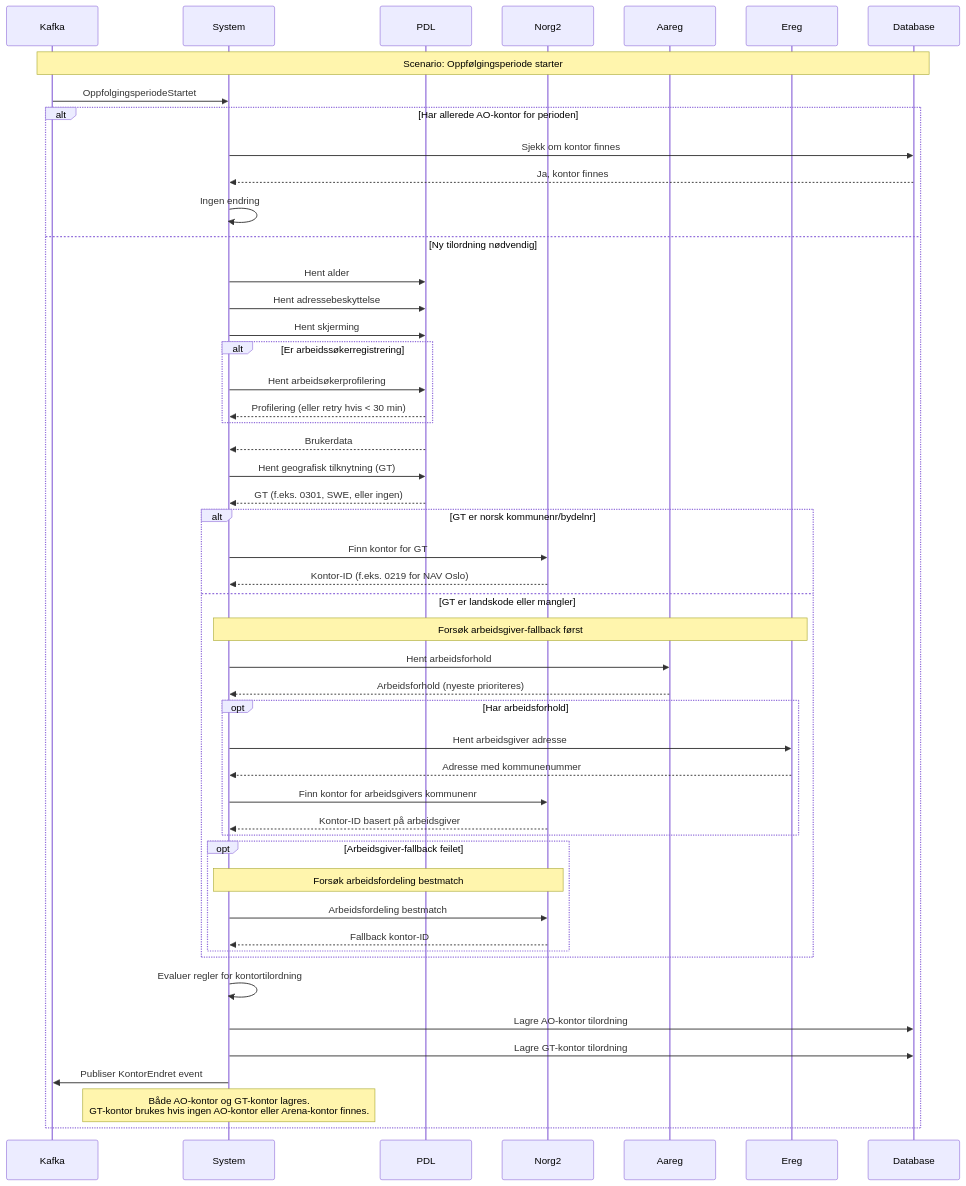
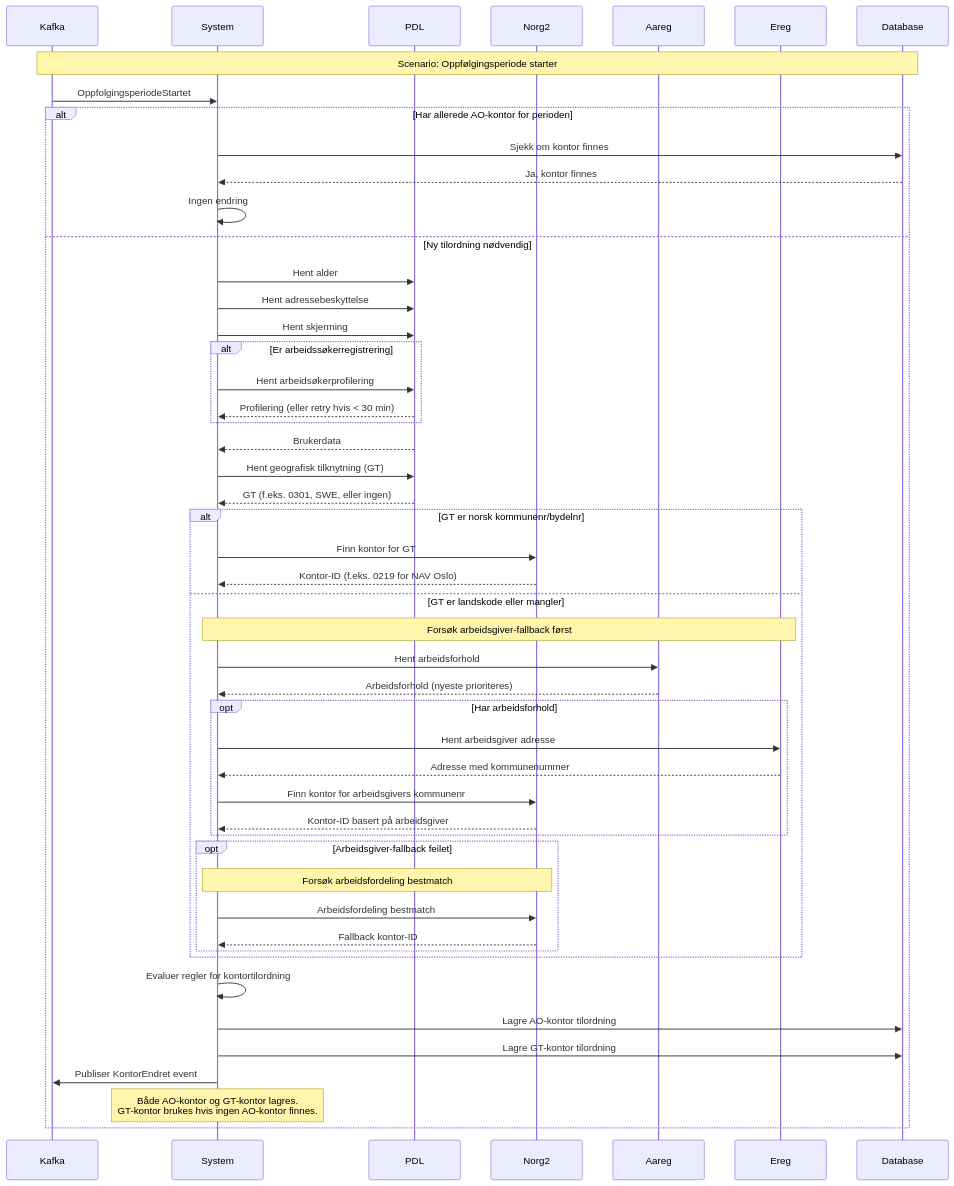
Before and after one commit to navikt/ao-oppfolgingskontor: the second of 2 diagrams in README.md, drawn with Mermaid. The commit also changed other lines of this file and 27 other files, not shown here.

First line of the commit message:
Rydding: Fjern kode som ble brukt til å sette arena-kontor (#209)

````diff
--- a/README.md
+++ b/README.md
@@ -132,64 +129,64 @@
 ```mermaid
 sequenceDiagram
     participant Kafka
     participant System
     participant PDL
     participant Norg2
     participant Aareg
     participant Ereg
     participant Database
     
     Note over Kafka,Database: Scenario: Oppfølgingsperiode starter
     
     Kafka->>System: OppfolgingsperiodeStartet
     
     alt Har allerede AO-kontor for perioden
         System->>Database: Sjekk om kontor finnes
         Database-->>System: Ja, kontor finnes
         System->>System: Ingen endring
     else Ny tilordning nødvendig
         System->>PDL: Hent alder
         System->>PDL: Hent adressebeskyttelse
         System->>PDL: Hent skjerming
         
         alt Er arbeidssøkerregistrering
             System->>PDL: Hent arbeidsøkerprofilering
             PDL-->>System: Profilering (eller retry hvis < 30 min)
         end
         
         PDL-->>System: Brukerdata
         
         System->>PDL: Hent geografisk tilknytning (GT)
         PDL-->>System: GT (f.eks. 0301, SWE, eller ingen)
         
         alt GT er norsk kommunenr/bydelnr
             System->>Norg2: Finn kontor for GT
             Norg2-->>System: Kontor-ID (f.eks. 0219 for NAV Oslo)
         else GT er landskode eller mangler
             Note over System,Ereg: Forsøk arbeidsgiver-fallback først
             System->>Aareg: Hent arbeidsforhold
             Aareg-->>System: Arbeidsforhold (nyeste prioriteres)
             
             opt Har arbeidsforhold
                 System->>Ereg: Hent arbeidsgiver adresse
                 Ereg-->>System: Adresse med kommunenummer
                 System->>Norg2: Finn kontor for arbeidsgivers kommunenr
                 Norg2-->>System: Kontor-ID basert på arbeidsgiver
             end
             
             opt Arbeidsgiver-fallback feilet
                 Note over System,Norg2: Forsøk arbeidsfordeling bestmatch
                 System->>Norg2: Arbeidsfordeling bestmatch
                 Norg2-->>System: Fallback kontor-ID
             end
         end
         
         System->>System: Evaluer regler for kontortilordning
         
         System->>Database: Lagre AO-kontor tilordning
         System->>Database: Lagre GT-kontor tilordning
         System->>Kafka: Publiser KontorEndret event
         
-        Note over System: Både AO-kontor og GT-kontor lagres.<br/>GT-kontor brukes hvis ingen AO-kontor eller Arena-kontor finnes.
+        Note over System: Både AO-kontor og GT-kontor lagres.<br/>GT-kontor brukes hvis ingen AO-kontor finnes.
     end
 ```
````
